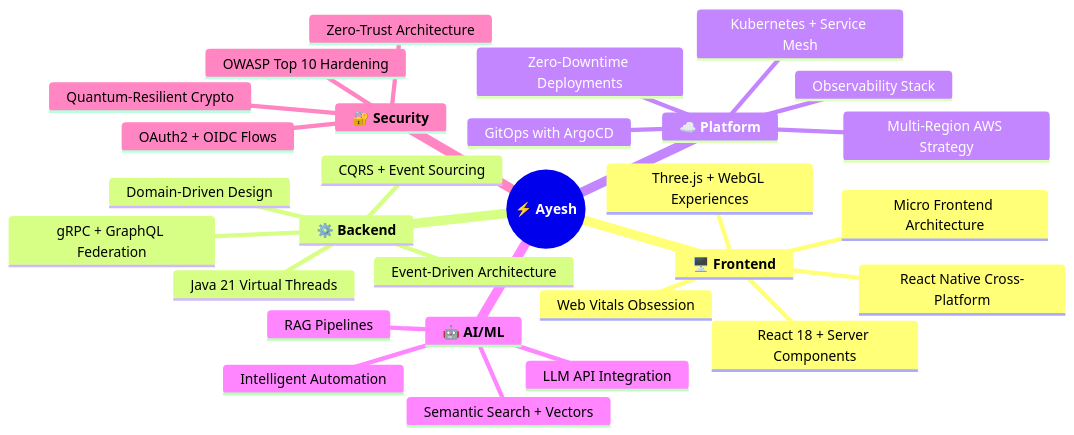
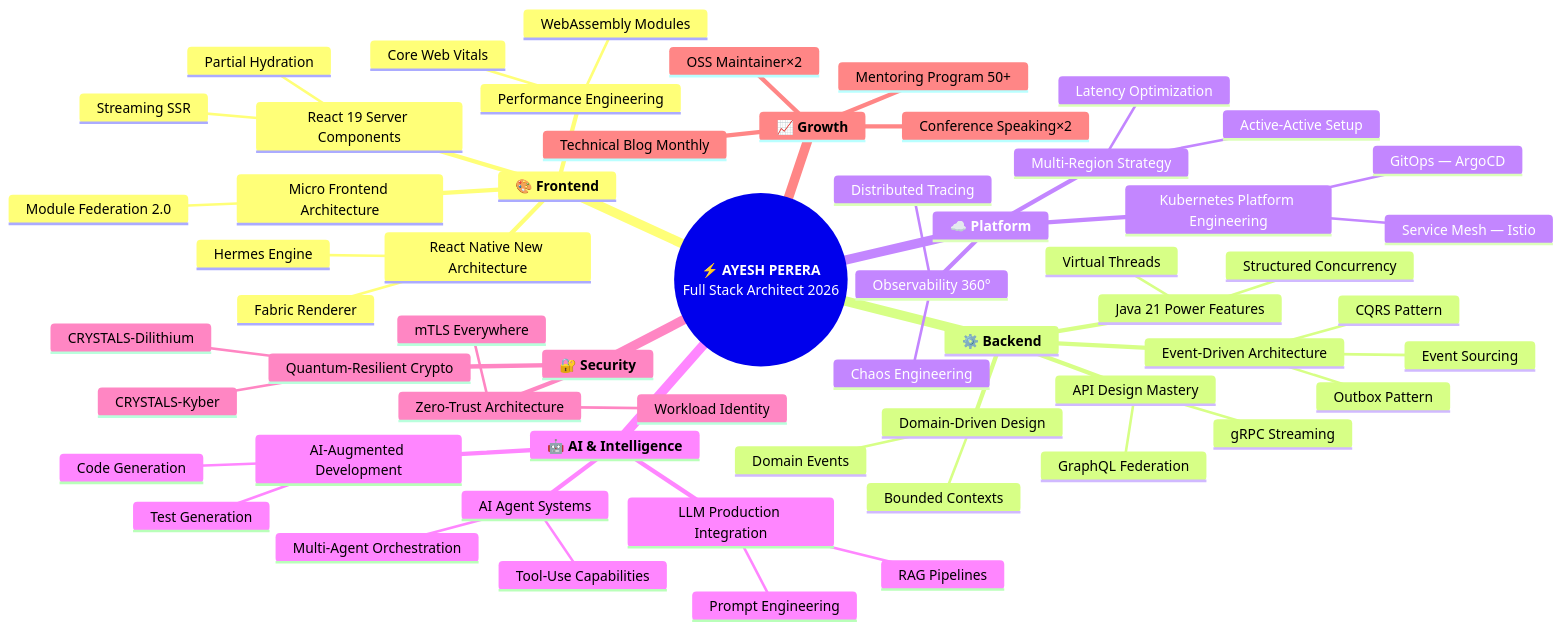
Before and after one commit to Ayesh2929/Ayesh2929: the second of 8 diagrams in README.md, drawn with Mermaid. The commit also changed other lines of this file, not shown here.

````diff
--- a/README.md
+++ b/README.md
@@ -290,32 +782,62 @@
 ```mermaid
 mindmap
-  root((**⚡ Ayesh**))
-    **🖥️ Frontend**
-      React 18 + Server Components
+  root((**⚡ AYESH PERERA**<br/>Full Stack Architect 2026))
+    **🎨 Frontend**
+      React 19 Server Components
+        Streaming SSR
+        Partial Hydration
       Micro Frontend Architecture
-      Web Vitals Obsession
-      React Native Cross-Platform
-      Three.js + WebGL Experiences
+        Module Federation 2.0
+      Performance Engineering
+        Core Web Vitals
+        WebAssembly Modules
+      React Native New Architecture
+        Fabric Renderer
+        Hermes Engine
     **⚙️ Backend**
       Domain-Driven Design
+        Bounded Contexts
+        Domain Events
       Event-Driven Architecture
-      CQRS + Event Sourcing
-      gRPC + GraphQL Federation
-      Java 21 Virtual Threads
+        CQRS Pattern
+        Event Sourcing
+        Outbox Pattern
+      Java 21 Power Features
+        Virtual Threads
+        Structured Concurrency
+      API Design Mastery
+        GraphQL Federation
+        gRPC Streaming
     **☁️ Platform**
-      Kubernetes + Service Mesh
-      GitOps with ArgoCD
-      Observability Stack
-      Zero-Downtime Deployments
-      Multi-Region AWS Strategy
-    **🤖 AI/ML**
-      LLM API Integration
-      RAG Pipelines
-      Intelligent Automation
-      Semantic Search + Vectors
+      Kubernetes Platform Engineering
+        Service Mesh — Istio
+        GitOps — ArgoCD
+      Observability 360°
+        Distributed Tracing
+        Chaos Engineering
+      Multi-Region Strategy
+        Active-Active Setup
+        Latency Optimization
+    **🤖 AI & Intelligence**
+      LLM Production Integration
+        RAG Pipelines
+        Prompt Engineering
+      AI Agent Systems
+        Multi-Agent Orchestration
+        Tool-Use Capabilities
+      AI-Augmented Development
+        Code Generation
+        Test Generation
     **🔐 Security**
       Zero-Trust Architecture
+        mTLS Everywhere
+        Workload Identity
       Quantum-Resilient Crypto
-      OAuth2 + OIDC Flows
-      OWASP Top 10 Hardening
+        CRYSTALS-Kyber
+        CRYSTALS-Dilithium
+    **📈 Growth**
+      OSS Maintainer×2
+      Conference Speaking×2
+      Technical Blog Monthly
+      Mentoring Program 50+
 ```
````
